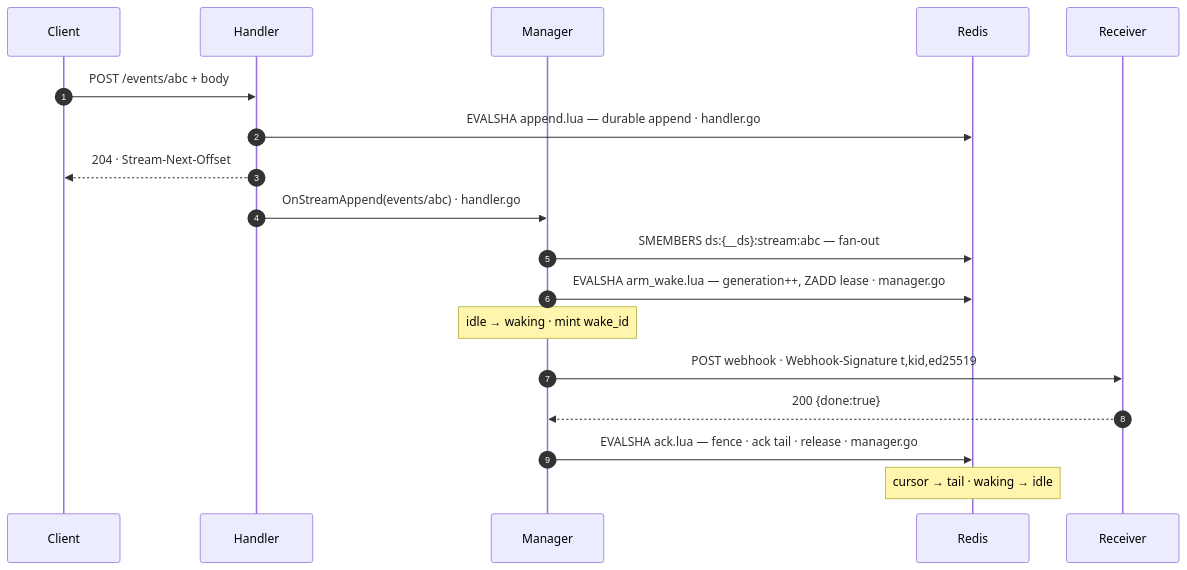
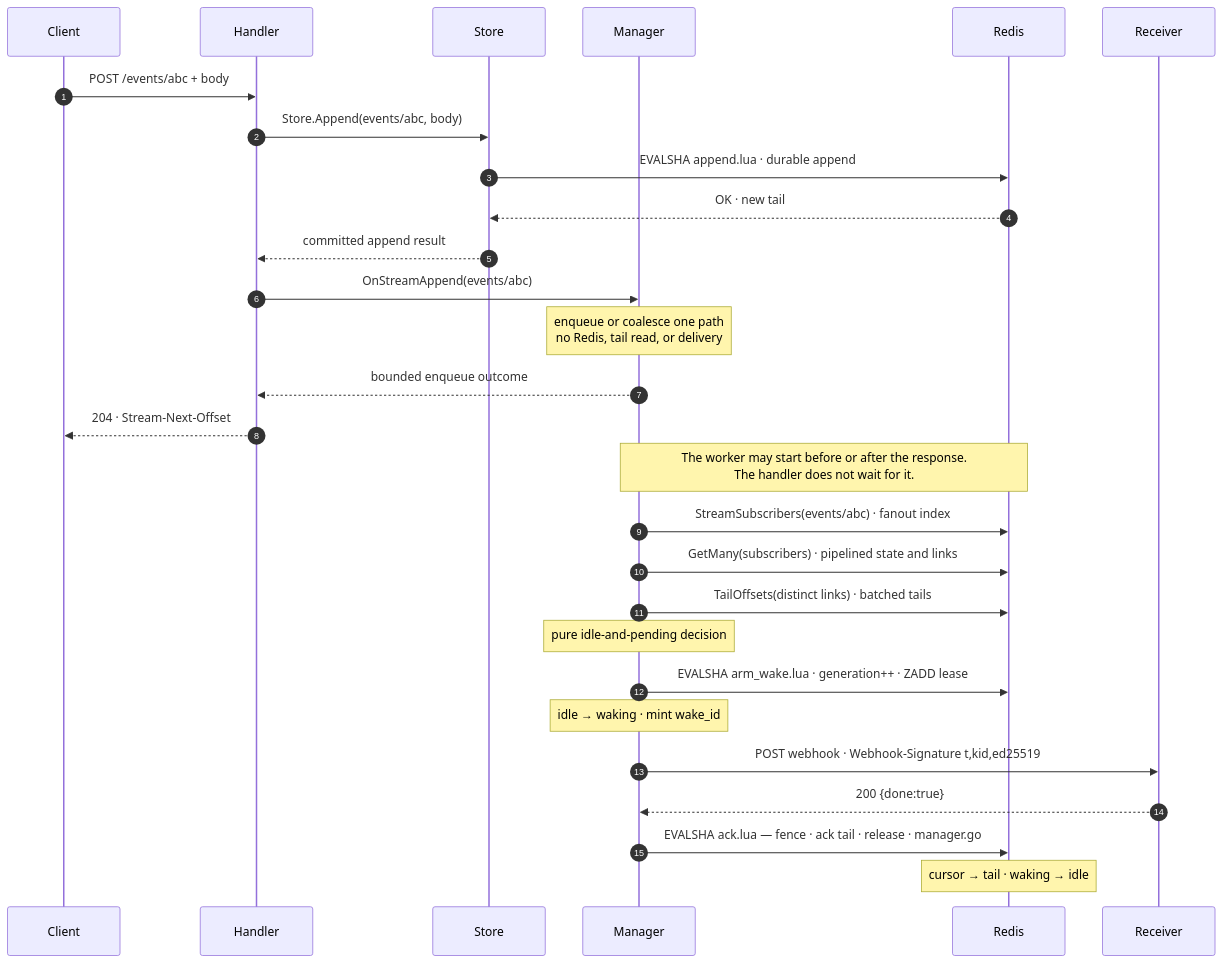
The diagram in docs-site/diagrams/seq-sub-webhook.mmd (adityavkk/chronicle), drawn with Mermaid before and after one commit. The commit also changed 30 other files, not shown here.

```diff
--- a/docs-site/diagrams/seq-sub-webhook.mmd
+++ b/docs-site/diagrams/seq-sub-webhook.mmd
@@ -1,18 +1,28 @@
 sequenceDiagram
     autonumber
     participant C as Client
     participant H as Handler
+    participant S as Store
     participant M as Manager
     participant R as Redis
     participant Recv as Receiver
     C->>H: POST /events/abc + body
-    H->>R: EVALSHA append.lua — durable append · handler.go
+    H->>S: Store.Append(events/abc, body)
+    S->>R: EVALSHA append.lua · durable append
+    R-->>S: OK · new tail
+    S-->>H: committed append result
+    H->>M: OnStreamAppend(events/abc)
+    Note over M: enqueue or coalesce one path<br/>no Redis, tail read, or delivery
+    M-->>H: bounded enqueue outcome
     H-->>C: 204 · Stream-Next-Offset
-    H->>M: OnStreamAppend(events/abc) · handler.go
-    M->>R: SMEMBERS ds:{__ds}:stream:abc — fan-out
-    M->>R: EVALSHA arm_wake.lua — generation++, ZADD lease · manager.go
+    Note over M,R: The worker may start before or after the response.<br/>The handler does not wait for it.
+    M->>R: StreamSubscribers(events/abc) · fanout index
+    M->>R: GetMany(subscribers) · pipelined state and links
+    M->>R: TailOffsets(distinct links) · batched tails
+    Note over M: pure idle-and-pending decision
+    M->>R: EVALSHA arm_wake.lua · generation++ · ZADD lease
     Note over M: idle → waking · mint wake_id
     M->>Recv: POST webhook · Webhook-Signature t,kid,ed25519
     Recv-->>M: 200 {done:true}
     M->>R: EVALSHA ack.lua — fence · ack tail · release · manager.go
     Note over R: cursor → tail · waking → idle
```
